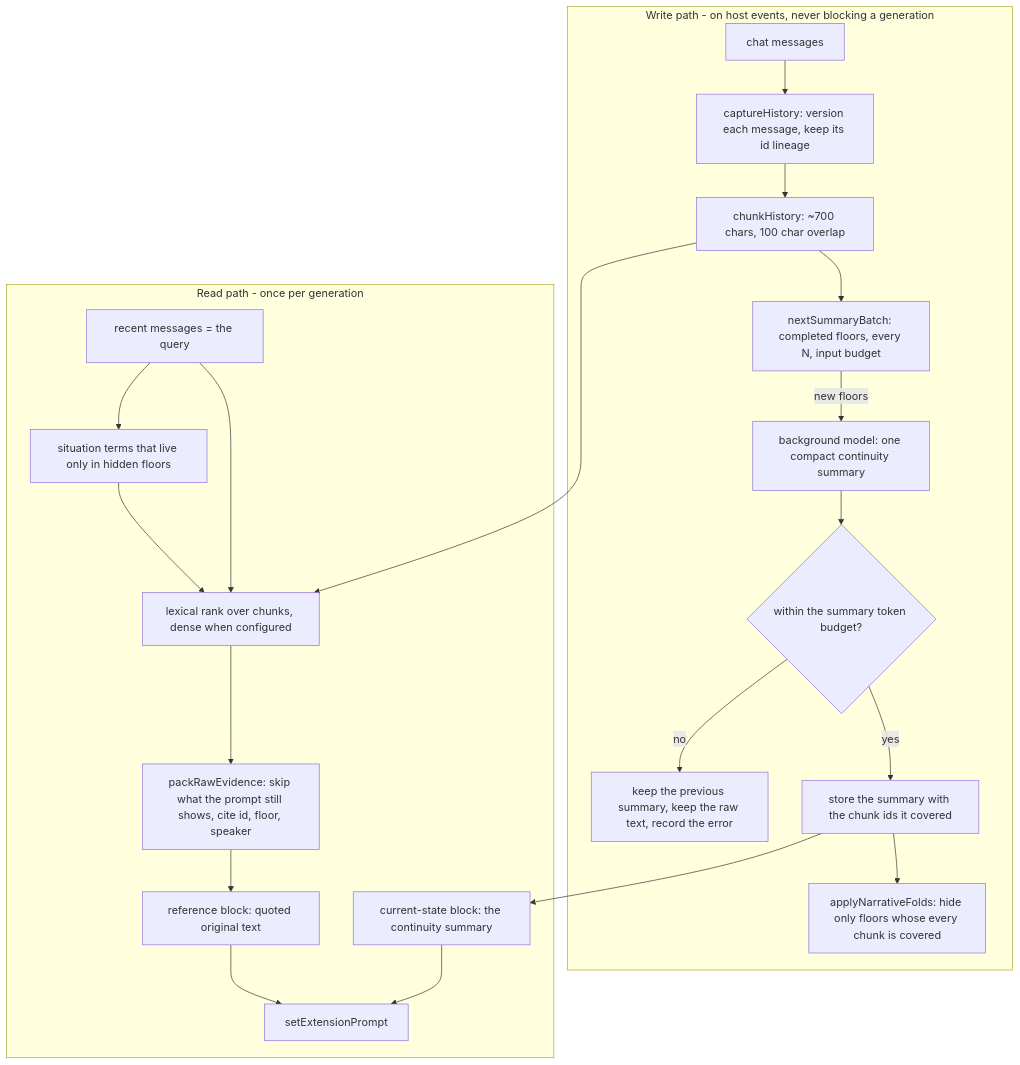
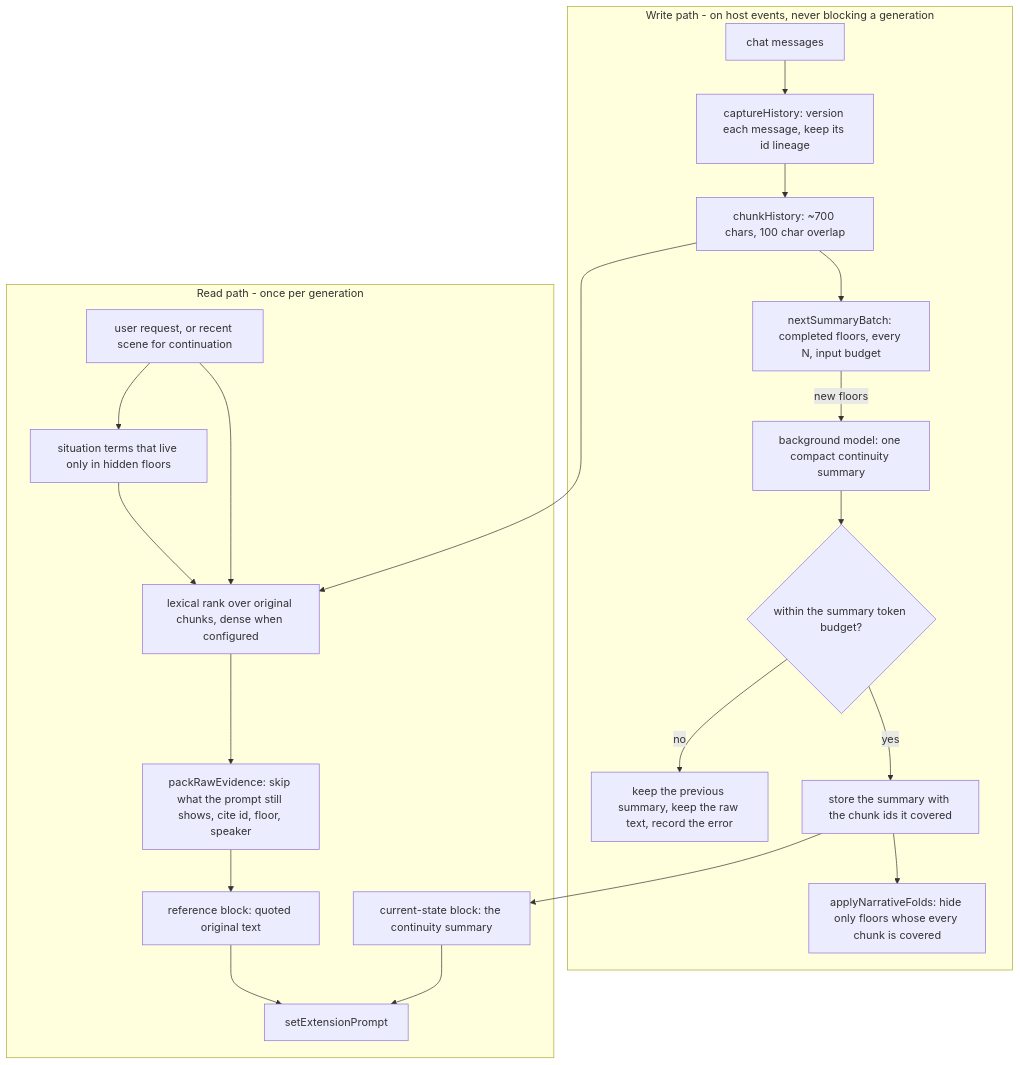
Before and after one commit to Icey0111/Memory-plugin: the diagram in dev_docs/01_architecture.md, drawn with Mermaid. The commit also changed other lines of this file and 13 other files, not shown here.

````diff
--- a/dev_docs/01_architecture.md
+++ b/dev_docs/01_architecture.md
@@ -18,24 +18,24 @@
 ```mermaid
 flowchart TD
     subgraph W[Write path - on host events, never blocking a generation]
         R[chat messages] --> C[captureHistory: version each message, keep its id lineage]
         C --> K[chunkHistory: ~700 chars, 100 char overlap]
         K --> B[nextSummaryBatch: completed floors, every N, input budget]
         B -->|new floors| S[background model: one compact continuity summary]
         S --> V{within the summary token budget?}
         V -->|no| E[keep the previous summary, keep the raw text, record the error]
         V -->|yes| A[store the summary with the chunk ids it covered]
         A --> D[applyNarrativeFolds: hide only floors whose every chunk is covered]
     end
     subgraph G[Read path - once per generation]
-        Q[recent messages = the query] --> L[lexical rank over chunks, dense when configured]
+        Q[user request, or recent scene for continuation] --> L[lexical rank over original chunks, dense when configured]
         Q --> N[situation terms that live only in hidden floors]
         N --> L
         K --> L
         L --> P[packRawEvidence: skip what the prompt still shows, cite id, floor, speaker]
         A --> Y[current-state block: the continuity summary]
         P --> X[reference block: quoted original text]
         Y --> I[setExtensionPrompt]
         X --> I
     end
 ```
````
